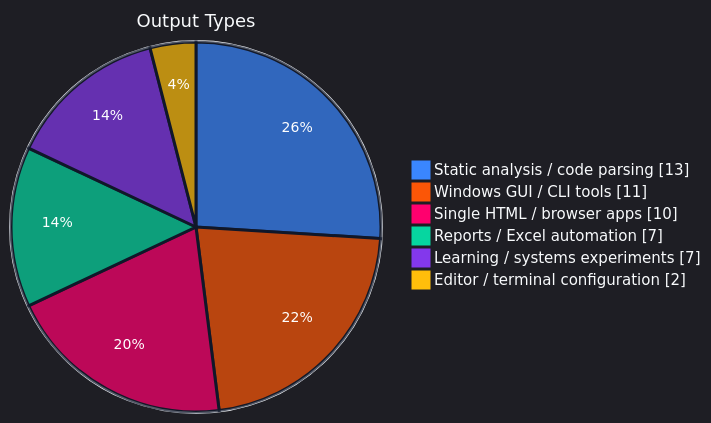
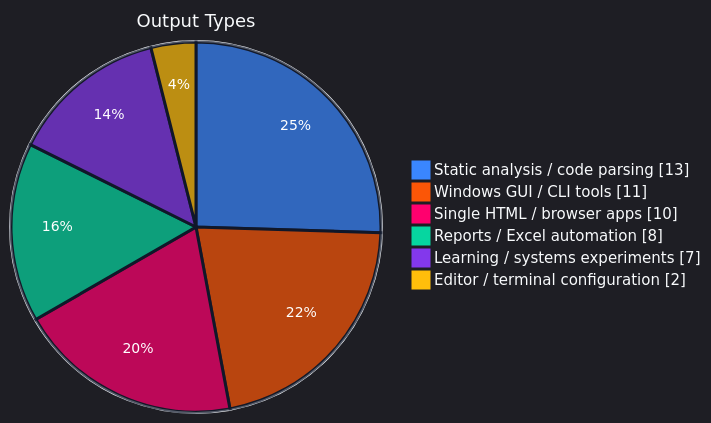
Before and after one commit to SSsan-00/SSsan-00: the second of 4 diagrams in README.md, drawn with Mermaid. The commit also changed other lines of this file and 2 other files, not shown here.

````diff
--- a/README.md
+++ b/README.md
@@ -56,11 +56,11 @@
 ```mermaid
 %%{init: {"theme":"dark","themeVariables":{"background":"#0f172a","mainBkg":"#0f172a","textColor":"#f8fafc","primaryTextColor":"#f8fafc","pieStrokeColor":"#0f172a","pieStrokeWidth":"3px","pieOuterStrokeColor":"#f8fafc","pieOuterStrokeWidth":"2px","pieTitleTextColor":"#f8fafc","pieTitleTextSize":"18px","pieLegendTextColor":"#f8fafc","pieLegendTextSize":"15px","pieSectionTextColor":"#ffffff","pieSectionTextSize":"14px","pie1":"#3a86ff","pie2":"#fb5607","pie3":"#ff006e","pie4":"#06d6a0","pie5":"#8338ec","pie6":"#ffbe0b"}}}%%
 pie showData
   title Output Types
   "Static analysis / code parsing" : 13
   "Windows GUI / CLI tools" : 11
   "Single HTML / browser apps" : 10
-  "Reports / Excel automation" : 7
+  "Reports / Excel automation" : 8
   "Learning / systems experiments" : 7
   "Editor / terminal configuration" : 2
 ```
````
